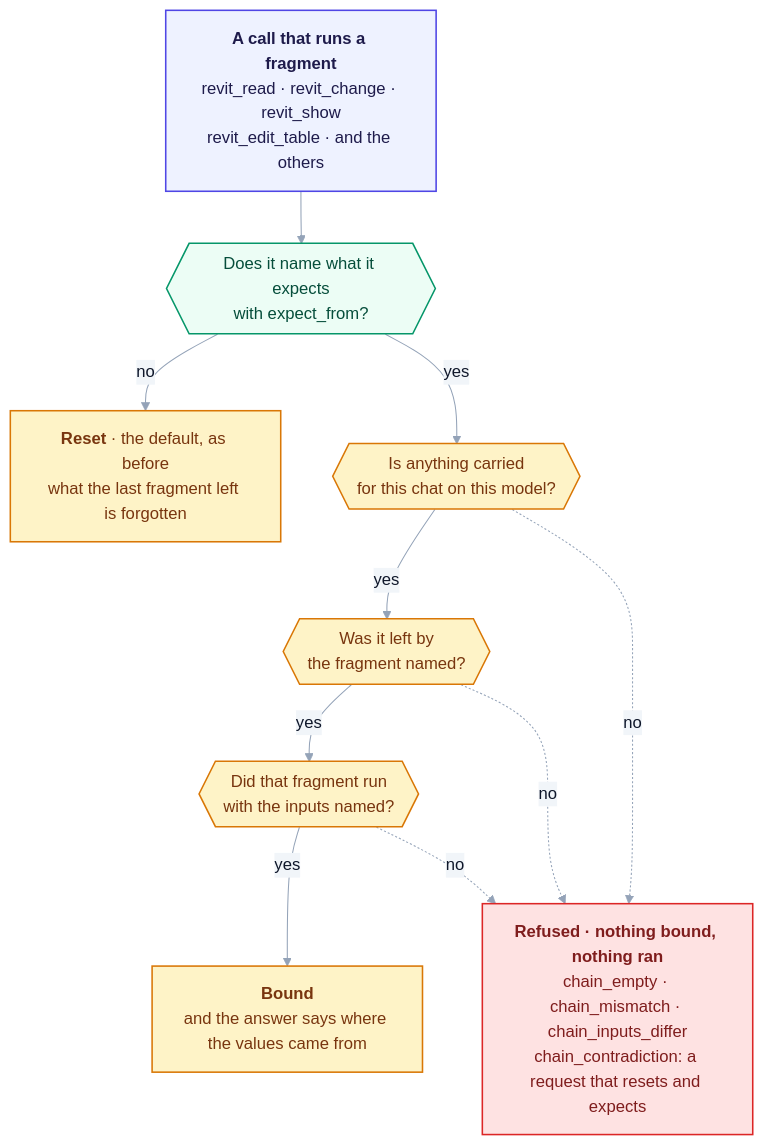
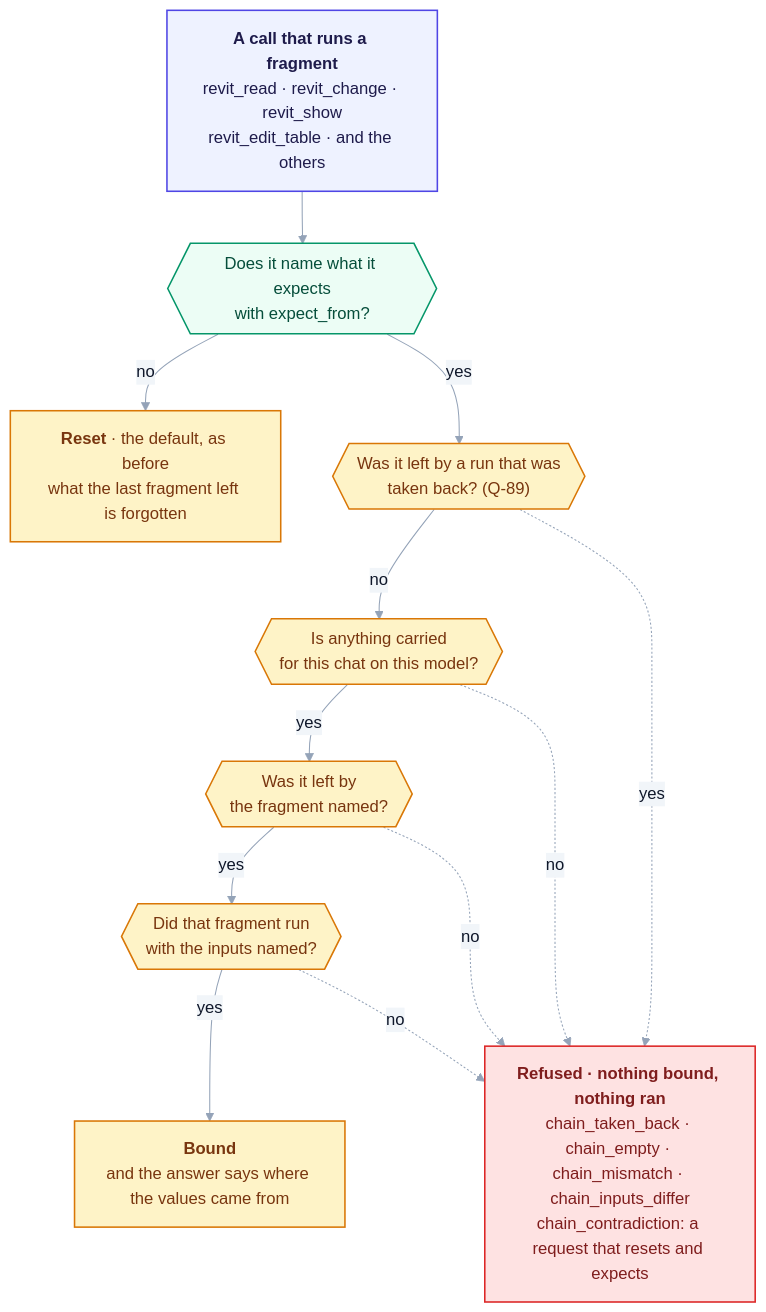
One commit to Ajmalpshaik/Heron-AI changed the diagram in docs/36-remembering-between-steps.md. Above: the diagram before and after it, drawn with Mermaid. The commit also changed other lines of this file and 15 other files, not shown here.

````diff
--- a/docs/36-remembering-between-steps.md
+++ b/docs/36-remembering-between-steps.md
@@ -37,32 +44,35 @@
 ```mermaid
 %%{init: {"themeVariables": {"edgeLabelBackground":"#F1F5F9","lineColor":"#94A3B8","textColor":"#0F172A","tertiaryTextColor":"#0F172A"}}}%%
 flowchart TD
     CALL["<b>A call that runs a fragment</b><br/>revit_read · revit_change · revit_show<br/>revit_edit_table · and the others"]
     Q0{{"Does it name what it expects<br/>with expect_from?"}}
     RESET["<b>Reset</b> · the default, as before<br/>what the last fragment left is forgotten"]
+    QT{{"Was it left by a run that was<br/>taken back? (Q-89)"}}
     Q1{{"Is anything carried<br/>for this chat on this model?"}}
     Q2{{"Was it left by<br/>the fragment named?"}}
     Q3{{"Did that fragment run<br/>with the inputs named?"}}
     BIND["<b>Bound</b><br/>and the answer says where the values came from"]
-    NO["<b>Refused · nothing bound, nothing ran</b><br/>chain_empty · chain_mismatch · chain_inputs_differ<br/>chain_contradiction: a request that resets and expects"]
+    NO["<b>Refused · nothing bound, nothing ran</b><br/>chain_taken_back · chain_empty · chain_mismatch · chain_inputs_differ<br/>chain_contradiction: a request that resets and expects"]
 
     CALL --> Q0
     Q0 -->|no| RESET
-    Q0 -->|yes| Q1
+    Q0 -->|yes| QT
+    QT -->|no| Q1
     Q1 -->|yes| Q2
     Q2 -->|yes| Q3
     Q3 -->|yes| BIND
+    QT -.->|yes| NO
     Q1 -.->|no| NO
     Q2 -.->|no| NO
     Q3 -.->|no| NO
 
     classDef user fill:#F1F5F9,stroke:#475569,stroke-width:1.5px,color:#0F172A
     classDef host fill:#EEF2FF,stroke:#4F46E5,stroke-width:1.5px,color:#1E1B4B
     classDef brain fill:#ECFDF5,stroke:#059669,stroke-width:1.5px,color:#064E3B
     classDef addin fill:#FEF3C7,stroke:#D97706,stroke-width:1.5px,color:#78350F
     classDef revit fill:#FEE2E2,stroke:#DC2626,stroke-width:1.5px,color:#7F1D1D
     class CALL host
     class Q0 brain
-    class RESET,Q1,Q2,Q3,BIND addin
+    class RESET,QT,Q1,Q2,Q3,BIND addin
     class NO revit
 ```
````
